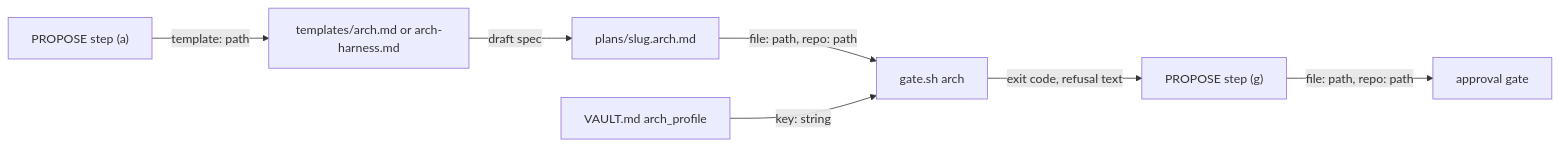
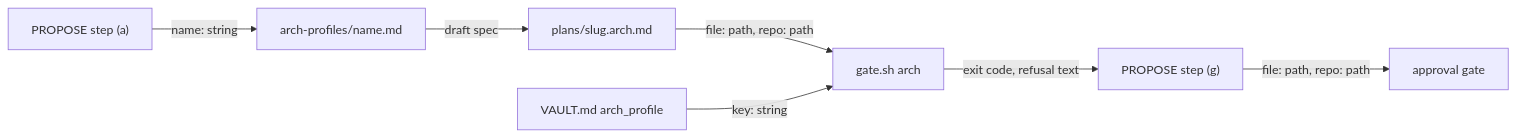
The diagram in vault/plans/2026-09-21-0900-architecture-first-planning.arch.md (karoldabro/vault), drawn with Mermaid before and after one commit. The commit also changed other lines of this file and 19 other files, not shown here.

First line of the commit message:
refactor(v-team): architecture spec profiles are data files loaded by name

````diff
--- a/vault/plans/2026-09-21-0900-architecture-first-planning.arch.md
+++ b/vault/plans/2026-09-21-0900-architecture-first-planning.arch.md
@@ -66,9 +68,9 @@
 ```mermaid
 flowchart LR
-    A["PROPOSE step (a)"] -->|"template: path"| B["templates/arch.md or arch-harness.md"]
+    A["PROPOSE step (a)"] -->|"name: string"| B["arch-profiles/name.md"]
     B -->|"draft spec"| C["plans/slug.arch.md"]
     C -->|"file: path, repo: path"| D["gate.sh arch"]
     D -->|"exit code, refusal text"| E["PROPOSE step (g)"]
     E -->|"file: path, repo: path"| F["approval gate"]
     G["VAULT.md arch_profile"] -->|"key: string"| D
 ```
````
